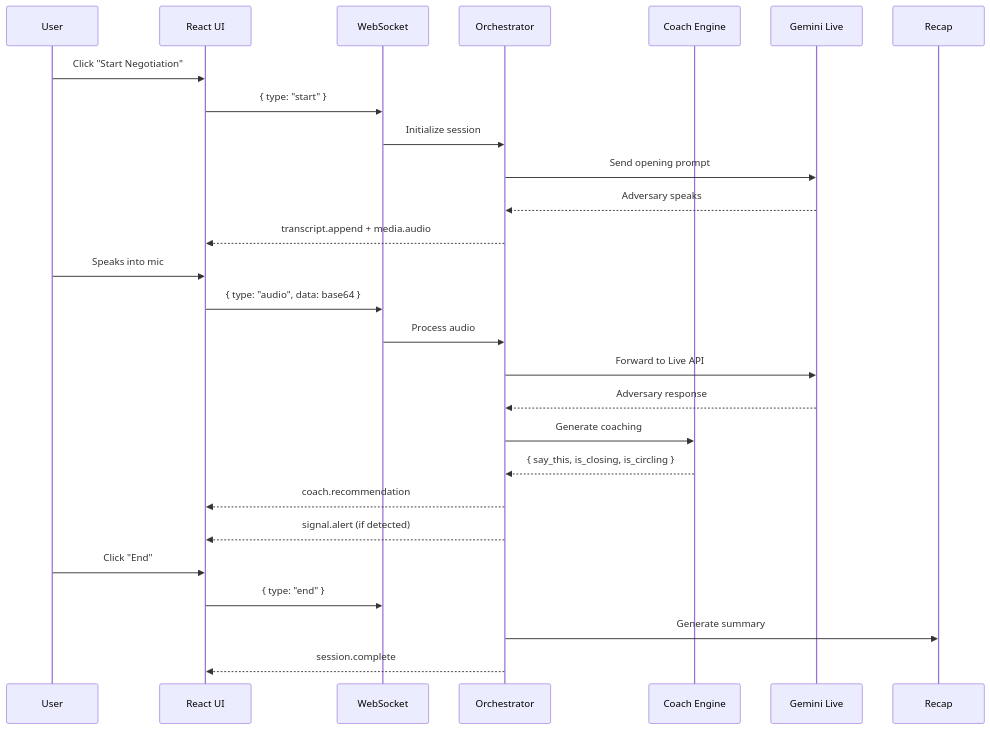
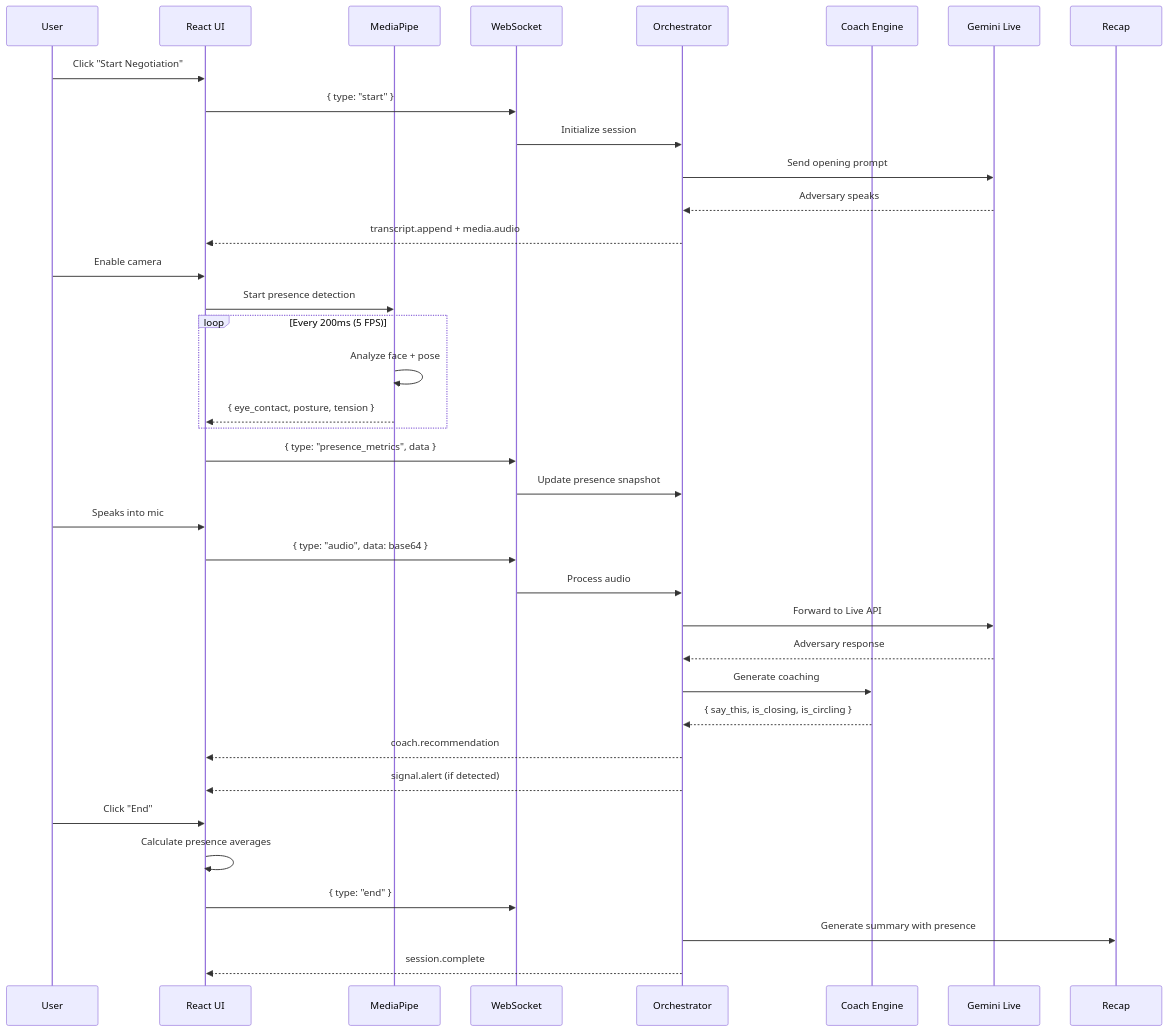
Before and after one commit to mmoussaif/devpost-google: the second of 6 diagrams in AGENTS.md, drawn with Mermaid. The commit also changed other lines of this file and 9 other files, not shown here.

First line of the commit message:
Add MediaPipe presence detection for real-time visual analysis

````diff
--- a/AGENTS.md
+++ b/AGENTS.md
@@ -56,31 +60,44 @@
 ```mermaid
 sequenceDiagram
     participant User
     participant UI as React UI
+    participant MediaPipe as MediaPipe
     participant WS as WebSocket
     participant Orch as Orchestrator
     participant Coach as Coach Engine
     participant Gemini as Gemini Live
 
     User->>UI: Click "Start Negotiation"
     UI->>WS: { type: "start" }
     WS->>Orch: Initialize session
     Orch->>Gemini: Send opening prompt
     Gemini-->>Orch: Adversary speaks
     Orch-->>UI: transcript.append + media.audio
     
+    User->>UI: Enable camera
+    UI->>MediaPipe: Start presence detection
+    
+    loop Every 200ms (5 FPS)
+        MediaPipe->>MediaPipe: Analyze face + pose
+        MediaPipe-->>UI: { eye_contact, posture, tension }
+    end
+    
+    UI->>WS: { type: "presence_metrics", data }
+    WS->>Orch: Update presence snapshot
+    
     User->>UI: Speaks into mic
     UI->>WS: { type: "audio", data: base64 }
     WS->>Orch: Process audio
     Orch->>Gemini: Forward to Live API
     Gemini-->>Orch: Adversary response
     Orch->>Coach: Generate coaching
     Coach-->>Orch: { say_this, is_closing, is_circling }
     Orch-->>UI: coach.recommendation
     Orch-->>UI: signal.alert (if detected)
     
     User->>UI: Click "End"
+    UI->>UI: Calculate presence averages
     UI->>WS: { type: "end" }
-    Orch->>Recap: Generate summary
+    Orch->>Recap: Generate summary with presence
     Orch-->>UI: session.complete
 ```
````
